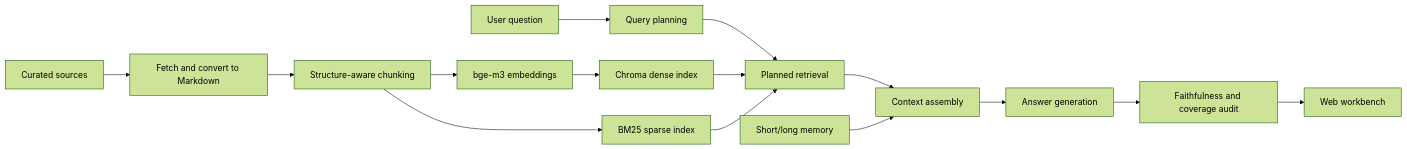
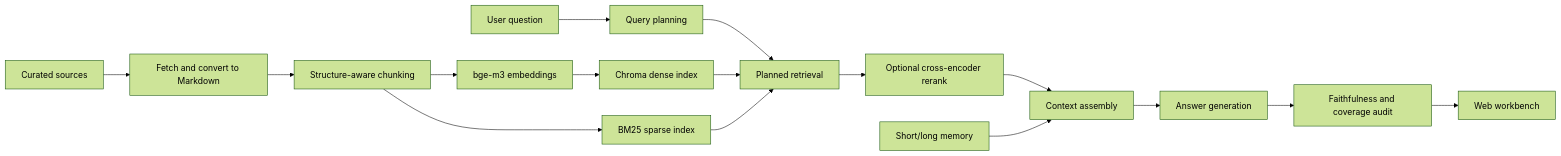
One commit to lzyadone/enterprise-rag-learning-project changed the diagram in README.md. Above: the diagram before and after it, drawn with Mermaid (forest theme). The commit also changed other lines of this file and 19 other files, not shown here.

````diff
--- a/README.md
+++ b/README.md
@@ -44,17 +49,18 @@
 ```mermaid
 flowchart LR
     A["Curated sources"] --> B["Fetch and convert to Markdown"]
     B --> C["Structure-aware chunking"]
     C --> D["bge-m3 embeddings"]
     D --> E["Chroma dense index"]
     C --> S["BM25 sparse index"]
     Q["User question"] --> P["Query planning"]
     P --> R["Planned retrieval"]
     E --> R
     S --> R
-    R --> K["Context assembly"]
+    R --> RR["Optional cross-encoder rerank"]
+    RR --> K["Context assembly"]
     M["Short/long memory"] --> K
     K --> G["Answer generation"]
     G --> AU["Faithfulness and coverage audit"]
     AU --> W["Web workbench"]
 ```
````
